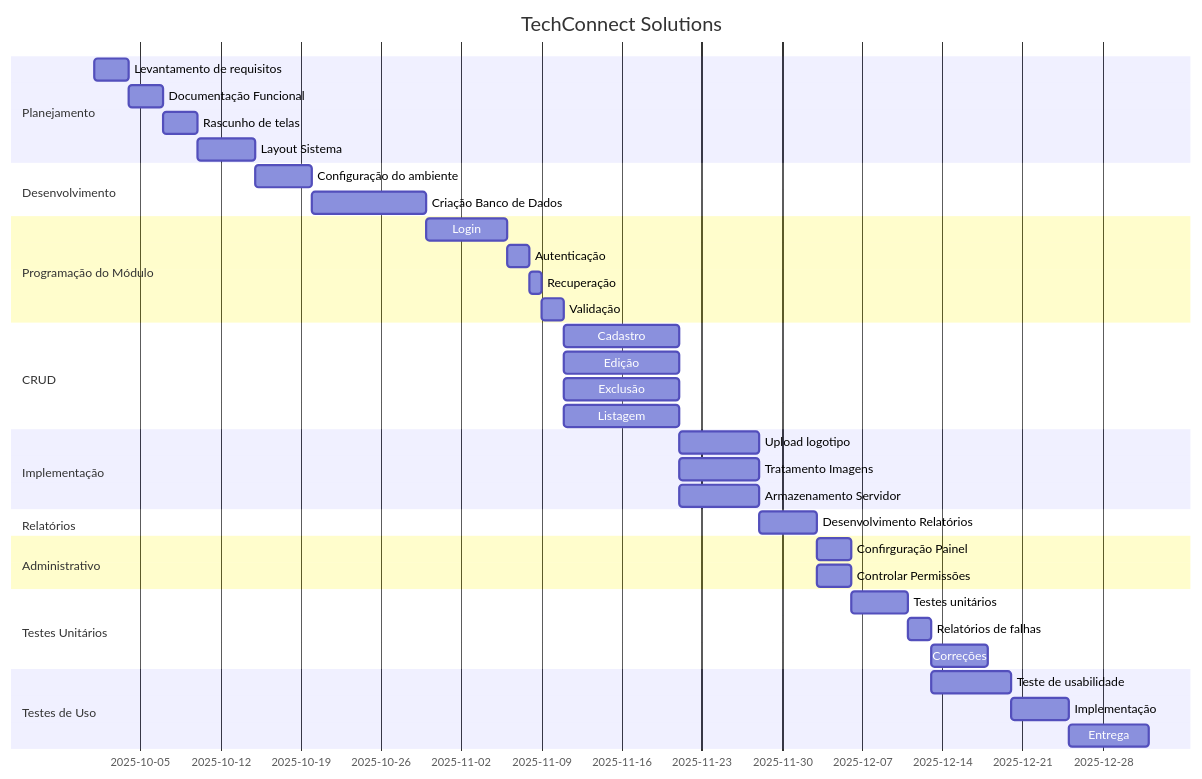
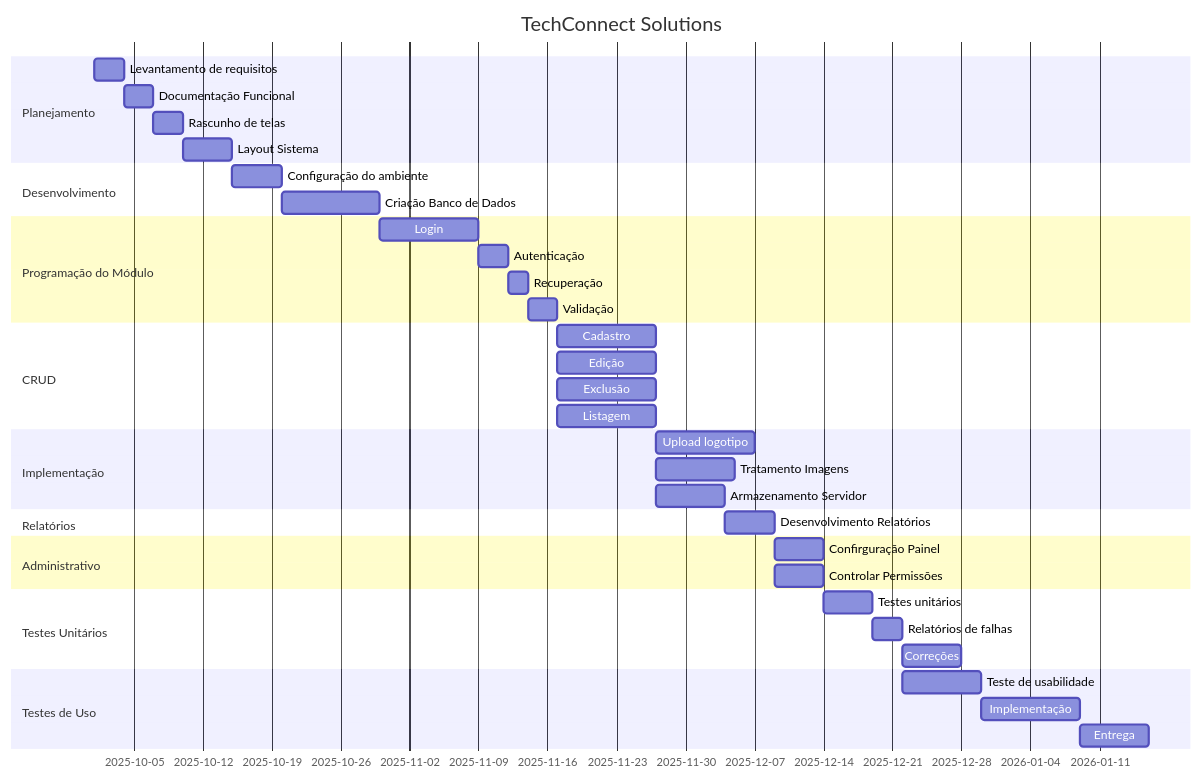
The first of 3 diagrams in README.md (AnandaMazine/Grafico-Gantt), drawn with Mermaid before and after one commit.

````diff
--- a/README.md
+++ b/README.md
@@ -1,48 +1,48 @@
 ```mermaid
 gantt
 title TechConnect Solutions
 dateFormat YYYY-MM-DD
 section Planejamento
 Levantamento de requisitos:lr, 2025-10-01, 3d
 Documentação Funcional:df, after lr, 3d
 Rascunho de telas:rt, after df, 3d
 Layout Sistema:ls, after rt, 5d
 
 section Desenvolvimento
 Configuração do ambiente:ca, after ls, 5d
 Criação Banco de Dados:db, after ca, 10d
 
 section Programação do Módulo
-Login:lo, after db, 7d
-Autenticação:at, after lo, 2d
-Recuperação:rs, after at, 1d
-Validação:va, after rs, 2d
+Login:lo, after db, 10d
+Autenticação:at, after lo, 3d
+Recuperação:rs, after at, 2d
+Validação:va, after rs, 3d
 
 section CRUD
 Cadastro:ct, after va, 10d
 Edição:ed, after va, 10d
 Exclusão:ex, after va, 10d
 Listagem:li, after va, 10d
 
 section Implementação
-Upload logotipo:ul, after li, 7d
-Tratamento Imagens:ti, after li, 7d
+Upload logotipo:ul, after li, 10d
+Tratamento Imagens:ti, after li, 8d
 Armazenamento Servidor:as, after li, 7d
 
 section Relatórios
 Desenvolvimento Relatórios:dr, after as, 5d
 
 section Administrativo
-Confirguração Painel: cp, after dr, 3d
-Controlar Permissões: pr, after dr, 3d
+Confirguração Painel: cp, after dr, 5d
+Controlar Permissões: pr, after dr, 5d
 
 section Testes Unitários
 Testes unitários:tu, after cp, 5d
-Relatórios de falhas: rf, after tu, 2d
-Correções:co, after rf, 5d
+Relatórios de falhas: rf, after tu, 3d
+Correções:co, after rf, 6d
 
 section Testes de Uso
-Teste de usabilidade:us, after rf, 7d
-Implementação:im, after us, 5d
+Teste de usabilidade:us, after rf, 8d
+Implementação:im, after us, 10d
 Entrega: en, after im, 7d
 ```
````
